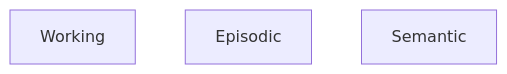
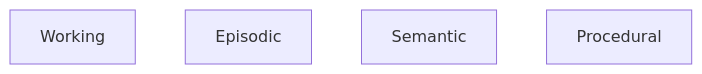
One commit to ninadpathak/ninadpathak changed the diagram in content/diagrams/agent-memory-types/memory-types.mmd. Above: the diagram before and after it, drawn with Mermaid. The commit also changed 6 other files, not shown here.

First line of the commit message:
agent-memory-types: print all five scores and rest the claim on them

```diff
--- a/content/diagrams/agent-memory-types/memory-types.mmd
+++ b/content/diagrams/agent-memory-types/memory-types.mmd
@@ -1,14 +1,16 @@
 %% @fig 01
-%% @kicker Three memory types
-%% @alt Working, episodic, and semantic memory side by side. Working memory is the scratchpad for the current turn, backed by the context window and gone when the turn ends. Episodic memory is the agent's autobiographical record of what happened across sessions, such as a task that failed on Friday with a given error, kept in an event store in time order. Semantic memory holds what is true, such as the fact that list.sort() is stable, in a durable knowledge base.
-%% @caption Working memory holds the current turn, episodic memory keeps what happened in order across sessions, and semantic memory holds facts until they stop being true.
+%% @kicker Four memory types
+%% @alt Working, episodic, semantic and procedural memory side by side. Working memory is the context window, and it lasts until the session ends or the window is compacted. Episodic memory is the record of what happened across sessions, kept in time order. Semantic memory holds what is true, such as a fact about the user. Procedural memory holds the rules the agent acts by, such as its system prompt.
+%% @caption Working memory is the context window. Episodic memory keeps what happened, semantic memory keeps what is true, and procedural memory keeps the rules the agent acts by.
 %% @glyph working | context
 %% @glyph episodic | ledger rows=3
 %% @glyph semantic | doc check
-%% @dim working | semantic | Lasts longer
+%% @glyph procedural | core
+%% @dim working | procedural | Lasts longer
 %% @spacing 40,30
 flowchart LR
   working["Working"]
   episodic["Episodic"]
-  semantic["Semantic"]:::focal
-  working ~~~ episodic ~~~ semantic
+  semantic["Semantic"]
+  procedural["Procedural"]
+  working ~~~ episodic ~~~ semantic ~~~ procedural
```
